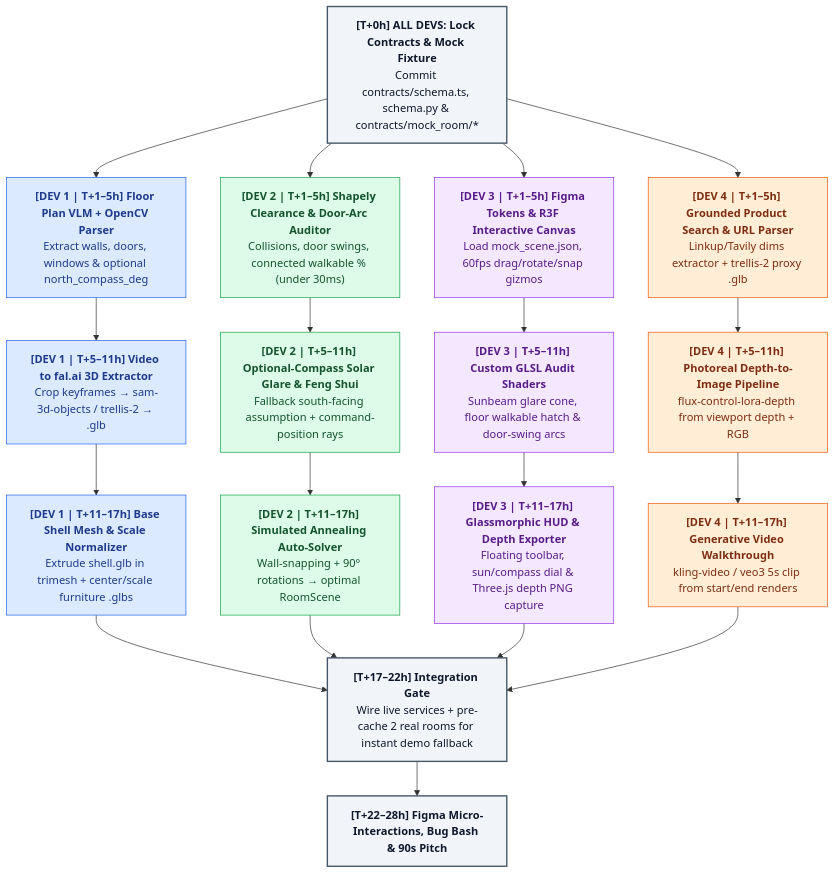
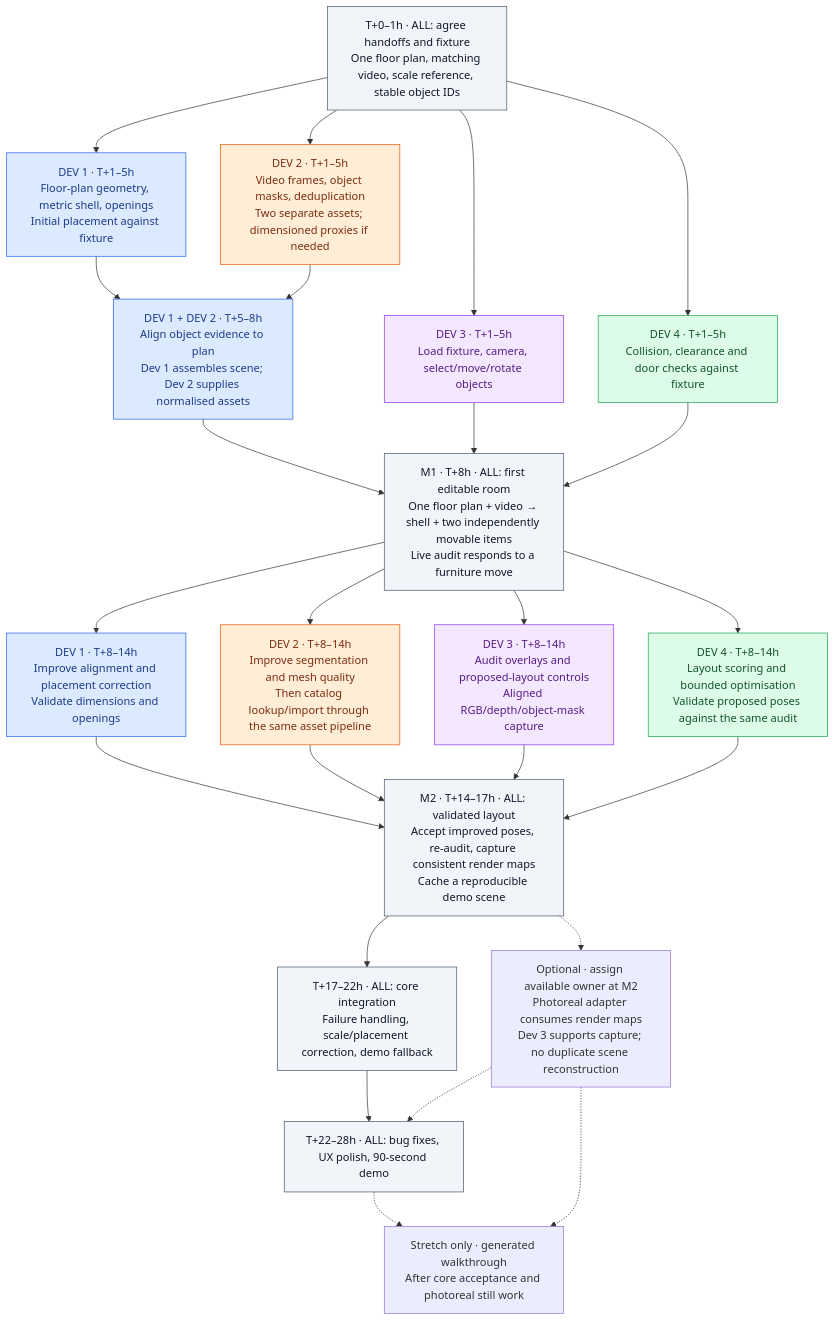
Before and after one commit to KOLESNiii/AI_HACKATHON_PROJECT: the diagram in ARCHITECTURE_DAG.md, drawn with Mermaid. The commit also changed other lines of this file and 2 other files, not shown here.

Commit message:
docs: update architecture

````diff
--- a/ARCHITECTURE_DAG.md
+++ b/ARCHITECTURE_DAG.md
@@ -20,59 +69,43 @@
 ```mermaid
 flowchart TD
-    M0["`**[T+0h] ALL DEVS: Lock Contracts & Mock Fixture**
-    Commit contracts/schema.ts, schema.py & contracts/mock_room/*`"]
+    M0["T+0–1h · ALL: agree handoffs and fixture<br/>One floor plan, matching video, scale reference, stable object IDs"]
 
-    %% DEV 1: RECONSTRUCTION
-    M0 --> D1_1["`**[DEV 1 | T+1–5h] Floor Plan VLM + OpenCV Parser**
-    Extract walls, doors, windows & optional north_compass_deg`"]
-    D1_1 --> D1_2["`**[DEV 1 | T+5–11h] Video to fal.ai 3D Extractor**
-    Crop keyframes → sam-3d-objects / trellis-2 → .glb`"]
-    D1_2 --> D1_3["`**[DEV 1 | T+11–17h] Base Shell Mesh & Scale Normalizer**
-    Extrude shell.glb in trimesh + center/scale furniture .glbs`"]
+    M0 --> R1["DEV 1 · T+1–5h<br/>Floor-plan geometry, metric shell, openings<br/>Initial placement against fixture"]
+    M0 --> A1["DEV 2 · T+1–5h<br/>Video frames, object masks, deduplication<br/>Two separate assets; dimensioned proxies if needed"]
+    M0 --> E1["DEV 3 · T+1–5h<br/>Load fixture, camera, select/move/rotate objects"]
+    M0 --> S1["DEV 4 · T+1–5h<br/>Collision, clearance and door checks against fixture"]
 
-    %% DEV 2: SPATIAL ENGINE
-    M0 --> D2_1["`**[DEV 2 | T+1–5h] Shapely Clearance & Door-Arc Auditor**
-    Collisions, door swings, connected walkable % (under 30ms)`"]
-    D2_1 --> D2_2["`**[DEV 2 | T+5–11h] Optional-Compass Solar Glare & Feng Shui**
-    Fallback south-facing assumption + command-position rays`"]
-    D2_2 --> D2_3["`**[DEV 2 | T+11–17h] Simulated Annealing Auto-Solver**
-    Wall-snapping + 90° rotations → optimal RoomScene`"]
+    R1 --> R2["DEV 1 + DEV 2 · T+5–8h<br/>Align object evidence to plan<br/>Dev 1 assembles scene; Dev 2 supplies normalised assets"]
+    A1 --> R2
+    R2 --> M1["M1 · T+8h · ALL: first editable room<br/>One floor plan + video → shell + two independently movable items<br/>Live audit responds to a furniture move"]
+    E1 --> M1
+    S1 --> M1
 
-    %% DEV 3: FRONTEND, SHADERS & FIGMA
-    M0 --> D3_1["`**[DEV 3 | T+1–5h] Figma Tokens & R3F Interactive Canvas**
-    Load mock_scene.json, 60fps drag/rotate/snap gizmos`"]
-    D3_1 --> D3_2["`**[DEV 3 | T+5–11h] Custom GLSL Audit Shaders**
-    Sunbeam glare cone, floor walkable hatch & door-swing arcs`"]
-    D3_2 --> D3_3["`**[DEV 3 | T+11–17h] Glassmorphic HUD & Depth Exporter**
-    Floating toolbar, sun/compass dial & Three.js depth PNG capture`"]
+    M1 --> R3["DEV 1 · T+8–14h<br/>Improve alignment and placement correction<br/>Validate dimensions and openings"]
+    M1 --> A3["DEV 2 · T+8–14h<br/>Improve segmentation and mesh quality<br/>Then catalog lookup/import through the same asset pipeline"]
+    M1 --> E3["DEV 3 · T+8–14h<br/>Audit overlays and proposed-layout controls<br/>Aligned RGB/depth/object-mask capture"]
+    M1 --> S3["DEV 4 · T+8–14h<br/>Layout scoring and bounded optimisation<br/>Validate proposed poses against the same audit"]
 
-    %% DEV 4: GENERATIVE MEDIA & GROUNDED SHOPPING
-    M0 --> D4_1["`**[DEV 4 | T+1–5h] Grounded Product Search & URL Parser**
-    Linkup/Tavily dims extractor + trellis-2 proxy .glb`"]
-    D4_1 --> D4_2["`**[DEV 4 | T+5–11h] Photoreal Depth-to-Image Pipeline**
-    flux-control-lora-depth from viewport depth + RGB`"]
-    D4_2 --> D4_3["`**[DEV 4 | T+11–17h] Generative Video Walkthrough**
-    kling-video / veo3 5s clip from start/end renders`"]
+    R3 --> M2["M2 · T+14–17h · ALL: validated layout<br/>Accept improved poses, re-audit, capture consistent render maps<br/>Cache a reproducible demo scene"]
+    A3 --> M2
+    E3 --> M2
+    S3 --> M2
 
-    %% INTEGRATION
-    D1_3 --> INT["`**[T+17–22h] Integration Gate**
-    Wire live services + pre-cache 2 real rooms for instant demo fallback`"]
-    D2_3 --> INT
-    D3_3 --> INT
-    D4_3 --> INT
+    M2 --> CORE["T+17–22h · ALL: core integration<br/>Failure handling, scale/placement correction, demo fallback"]
+    M2 -.-> PHOTO["Optional · assign available owner at M2<br/>Photoreal adapter consumes render maps<br/>Dev 3 supports capture; no duplicate scene reconstruction"]
+    CORE --> DEMO["T+22–28h · ALL: bug fixes, UX polish, 90-second demo"]
+    PHOTO -.-> DEMO
+    PHOTO -.-> VIDEO["Stretch only · generated walkthrough<br/>After core acceptance and photoreal still work"]
+    DEMO -.-> VIDEO
 
-    INT --> POLISH["`**[T+22–28h] Figma Micro-Interactions, Bug Bash & 90s Pitch**`"]
-
-    %% STYLING
-    classDef milestone fill:#f1f5f9,stroke:#475569,color:#0f172a,stroke-width:2px
-    classDef reconstruction fill:#dbeafe,stroke:#2563eb,color:#1e3a8a
+    classDef milestone fill:#f1f5f9,stroke:#475569,color:#0f172a
+    classDef room fill:#dbeafe,stroke:#2563eb,color:#1e3a8a
+    classDef assets fill:#ffedd5,stroke:#ea580c,color:#7c2d12
+    classDef editor fill:#f3e8ff,stroke:#9333ea,color:#581c87
     classDef spatial fill:#dcfce7,stroke:#16a34a,color:#14532d
-    classDef frontend fill:#f3e8ff,stroke:#9333ea,color:#581c87
-    classDef media fill:#ffedd5,stroke:#ea580c,color:#7c2d12
-
-    class M0,INT,POLISH milestone
-    class D1_1,D1_2,D1_3 reconstruction
-    class D2_1,D2_2,D2_3 spatial
-    class D3_1,D3_2,D3_3 frontend
-    class D4_1,D4_2,D4_3 media
+    class M0,M1,M2,CORE,DEMO milestone
+    class R1,R2,R3 room
+    class A1,A3 assets
+    class E1,E3 editor
+    class S1,S3 spatial
 ```
````
